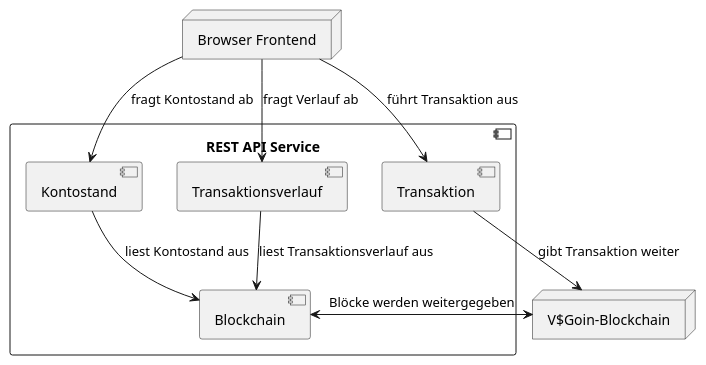
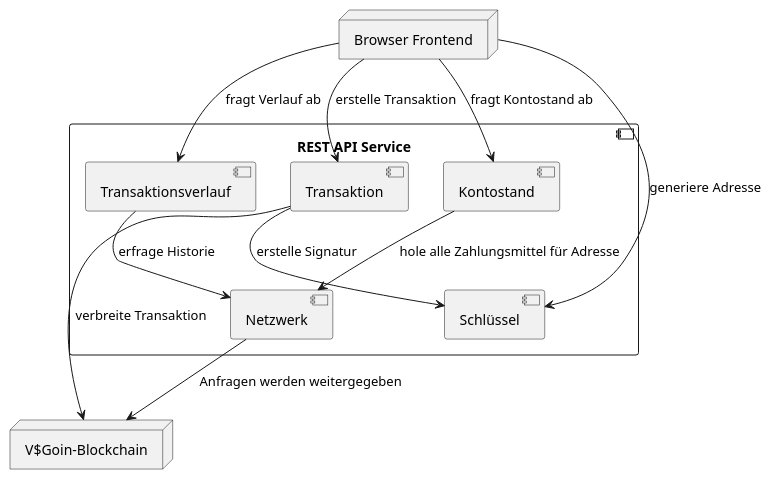
The second of 2 diagrams in docs/arc42/arc42-Api/API.md (bjoern621/VSP-Blockchain), drawn with PlantUML before and after one commit.

Commit message:
Bausteinsicht Entwurf verbessert

`````diff
--- a/docs/arc42/arc42-Api/API.md
+++ b/docs/arc42/arc42-Api/API.md
@@ -182,25 +182,27 @@
 ````plantuml
 @startuml
 node "Browser Frontend" as browser
 component "REST API Service" as api {
 component "Transaktion" as transaction
 component "Transaktionsverlauf" as verlauf
 component "Kontostand" as konto
-component "Blockchain" as blocks
-verlauf --> blocks: liest Transaktionsverlauf aus
-konto --> blocks: liest Kontostand aus
+component "Netzwerk" as network
+component "Schlüssel" as Keys
+verlauf --> network: erfrage Historie
+konto --> network:  hole alle Zahlungsmittel für Adresse
+transaction --> Keys: erstelle Signatur
 }
 node "V$Goin-Blockchain" as blockChain
 
 
 'Browser zu Server
-browser -down-> transaction: führt Transaktion aus
+browser -down-> transaction: erstelle Transaktion
 browser --> verlauf : fragt Verlauf ab
 browser --> konto : fragt Kontostand ab
+browser --> Keys : generiere Adresse 
 
 'Server zu Blockchain
-transaction -down--> blockChain: gibt Transaktion weiter
-blocks -> blockChain: Blöcke werden weitergegeben
-blockChain -> blocks
+transaction -down--> blockChain: verbreite Transaktion
+network -> blockChain: Anfragen werden weitergegeben
 @enduml
 ````
`````
